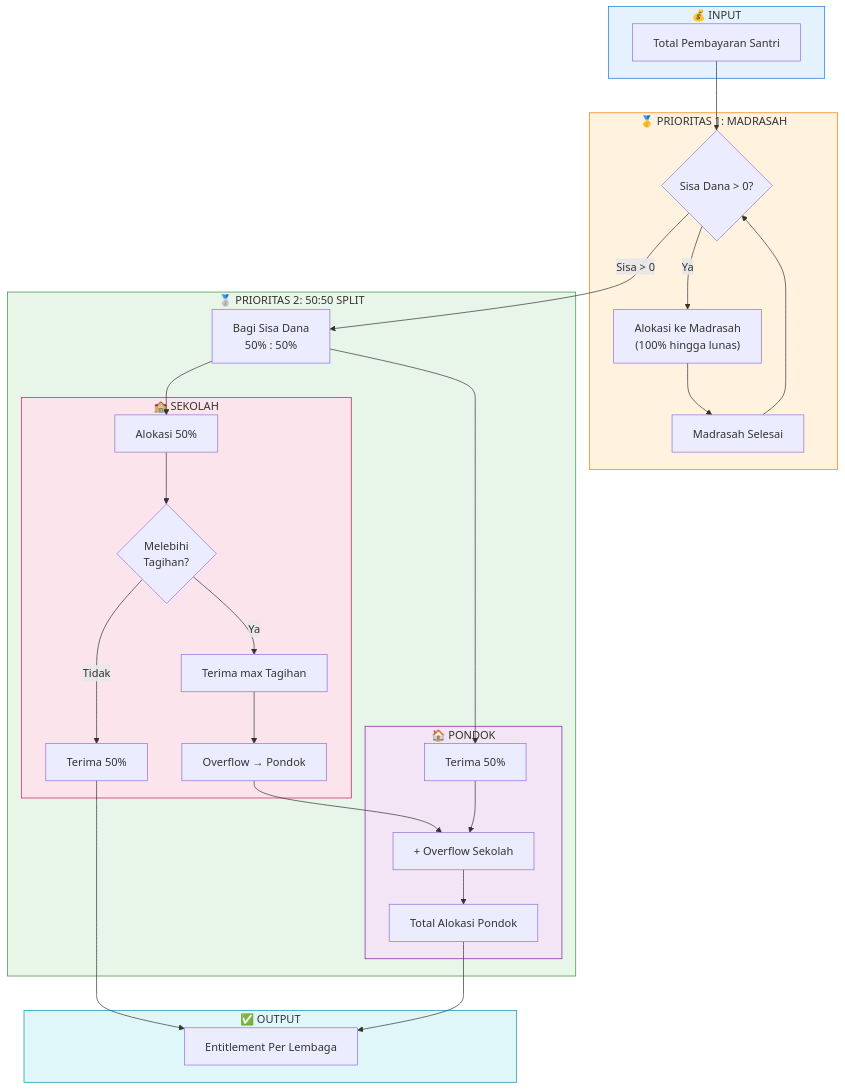
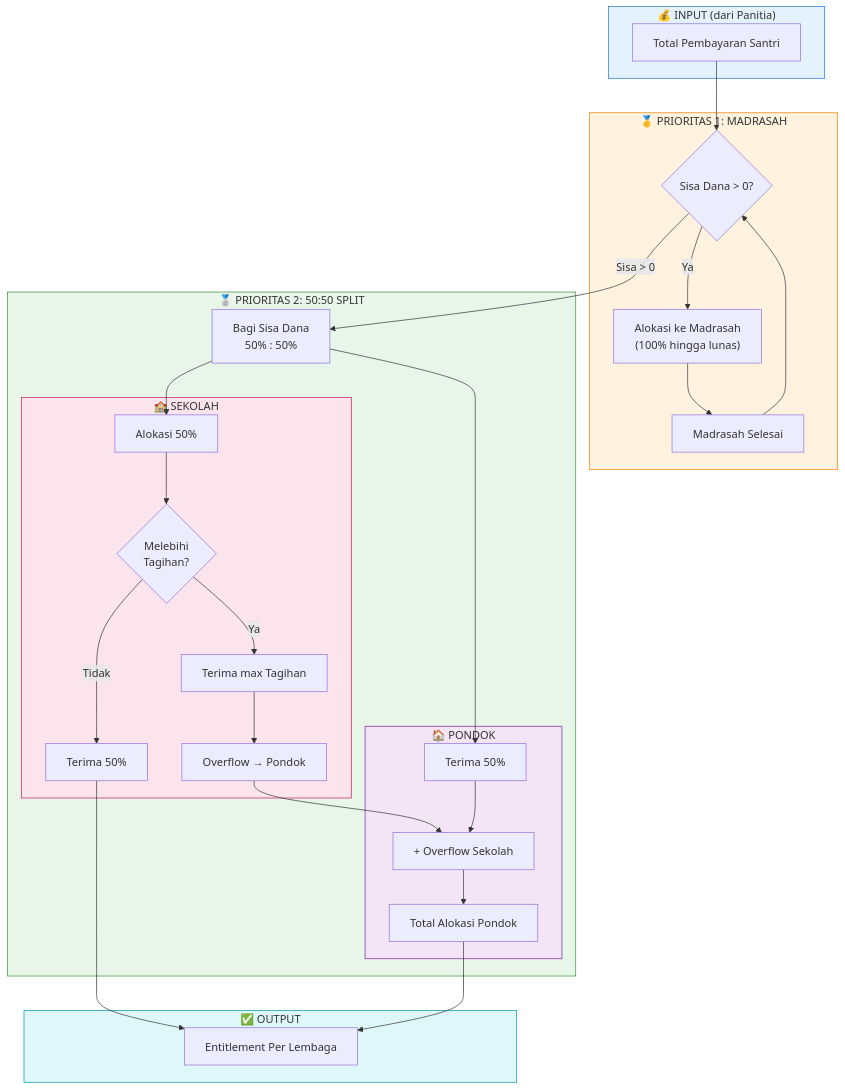
Before and after one commit to mfauzanhanif/psb: the second of 2 diagrams in docs/PRIORITY_ALGORITHM.md, drawn with Mermaid. The commit also changed other lines of this file and 1 other file, not shown here.

````diff
--- a/docs/PRIORITY_ALGORITHM.md
+++ b/docs/PRIORITY_ALGORITHM.md
@@ -11,60 +62,60 @@
 ```mermaid
 flowchart TD
-    subgraph INPUT["💰 INPUT"]
+    subgraph INPUT["💰 INPUT (dari Panitia)"]
         A["Total Pembayaran Santri"]
     end
 
     subgraph PRIORITY1["🥇 PRIORITAS 1: MADRASAH"]
         B{"Sisa Dana > 0?"}
         C["Alokasi ke Madrasah<br/>(100% hingga lunas)"]
         D["Madrasah Selesai"]
     end
 
     subgraph PRIORITY2["🥈 PRIORITAS 2: 50:50 SPLIT"]
         E["Bagi Sisa Dana<br/>50% : 50%"]
         
-        subgraph SEKOLAH["🏫 SEKOLAH"]
+        subgraph SEKOLAH_SPLIT["🏫 SEKOLAH"]
             F["Alokasi 50%"]
             G{"Melebihi<br/>Tagihan?"}
             H["Terima max Tagihan"]
             I["Terima 50%"]
             J["Overflow → Pondok"]
         end
         
         subgraph PONDOK["🏠 PONDOK"]
             K["Terima 50%"]
             L["+ Overflow Sekolah"]
             M["Total Alokasi Pondok"]
         end
     end
 
     subgraph OUTPUT["✅ OUTPUT"]
         N["Entitlement Per Lembaga"]
     end
 
     A --> B
     B -->|Ya| C
     C --> D
     D --> B
     B -->|"Sisa > 0"| E
     
     E --> F
     F --> G
     G -->|Ya| H
     G -->|Tidak| I
     H --> J
     J --> L
     I --> N
     
     E --> K
     K --> L
     L --> M
     M --> N
 
     style INPUT fill:#e3f2fd,stroke:#1976d2
     style PRIORITY1 fill:#fff3e0,stroke:#f57c00
     style PRIORITY2 fill:#e8f5e9,stroke:#388e3c
-    style SEKOLAH fill:#fce4ec,stroke:#c2185b
+    style SEKOLAH_SPLIT fill:#fce4ec,stroke:#c2185b
     style PONDOK fill:#f3e5f5,stroke:#7b1fa2
     style OUTPUT fill:#e0f7fa,stroke:#0097a7
 ```
````
